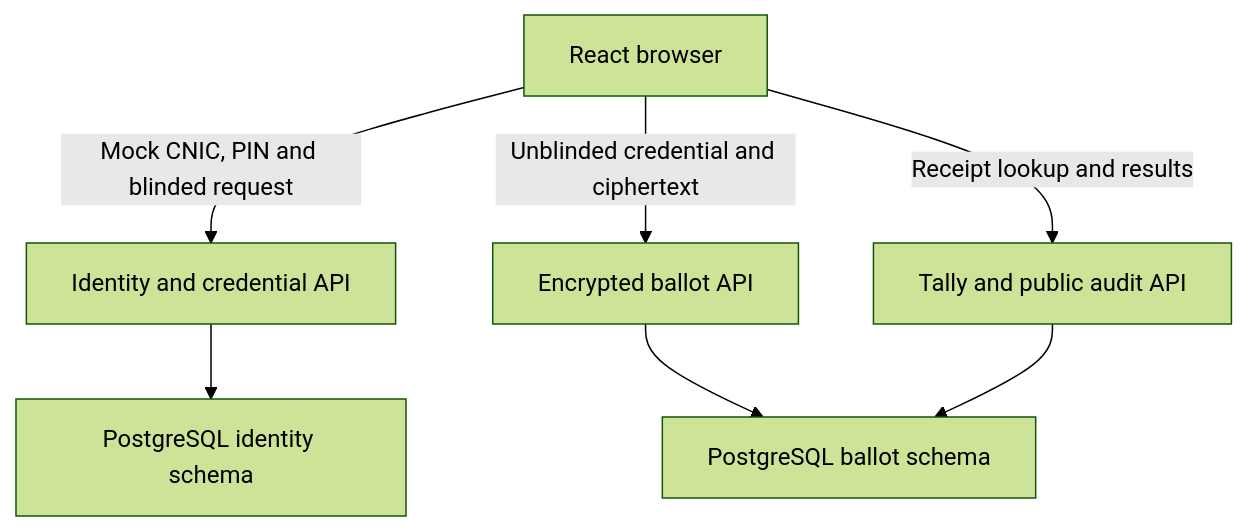
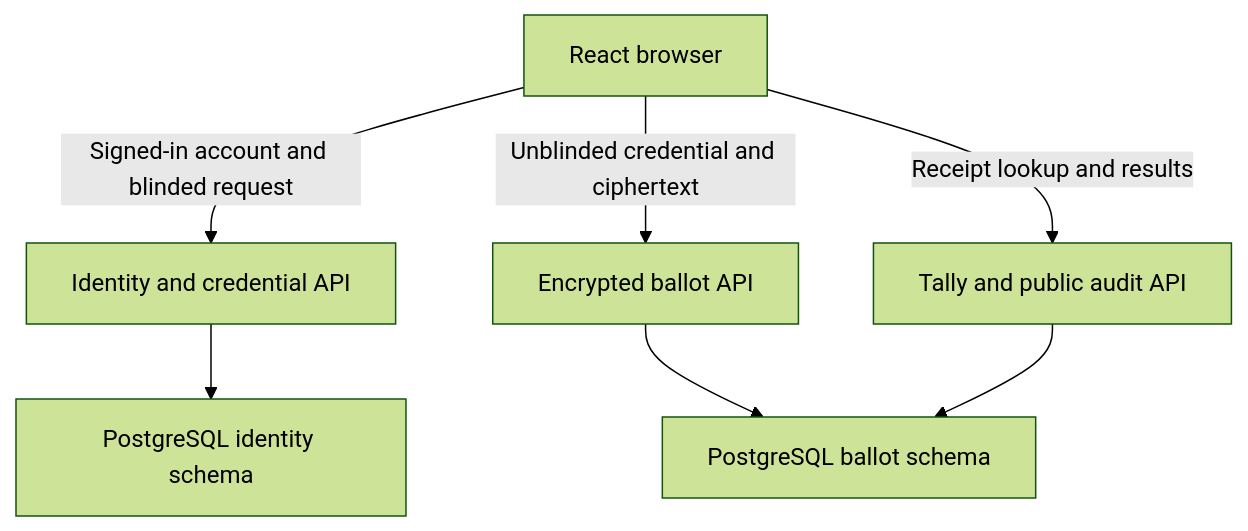
One commit to pakolapapi/VoteSecure-PK changed the diagram in README.md. Above: the diagram before and after it, drawn with Mermaid (forest theme). The commit also changed other lines of this file and 32 other files, not shown here.

````diff
--- a/README.md
+++ b/README.md
@@ -32,15 +55,15 @@
 ```mermaid
 flowchart TD
     Browser["React browser"]
     Identity["Identity and credential API"]
     Intake["Encrypted ballot API"]
     Publish["Tally and public audit API"]
     Registry["PostgreSQL identity schema"]
     Box["PostgreSQL ballot schema"]
-    Browser -->|"Mock CNIC, PIN and blinded request"| Identity
+    Browser -->|"Signed-in account and blinded request"| Identity
     Browser -->|"Unblinded credential and ciphertext"| Intake
     Browser -->|"Receipt lookup and results"| Publish
     Identity --> Registry
     Intake --> Box
     Publish --> Box
 ```
````
